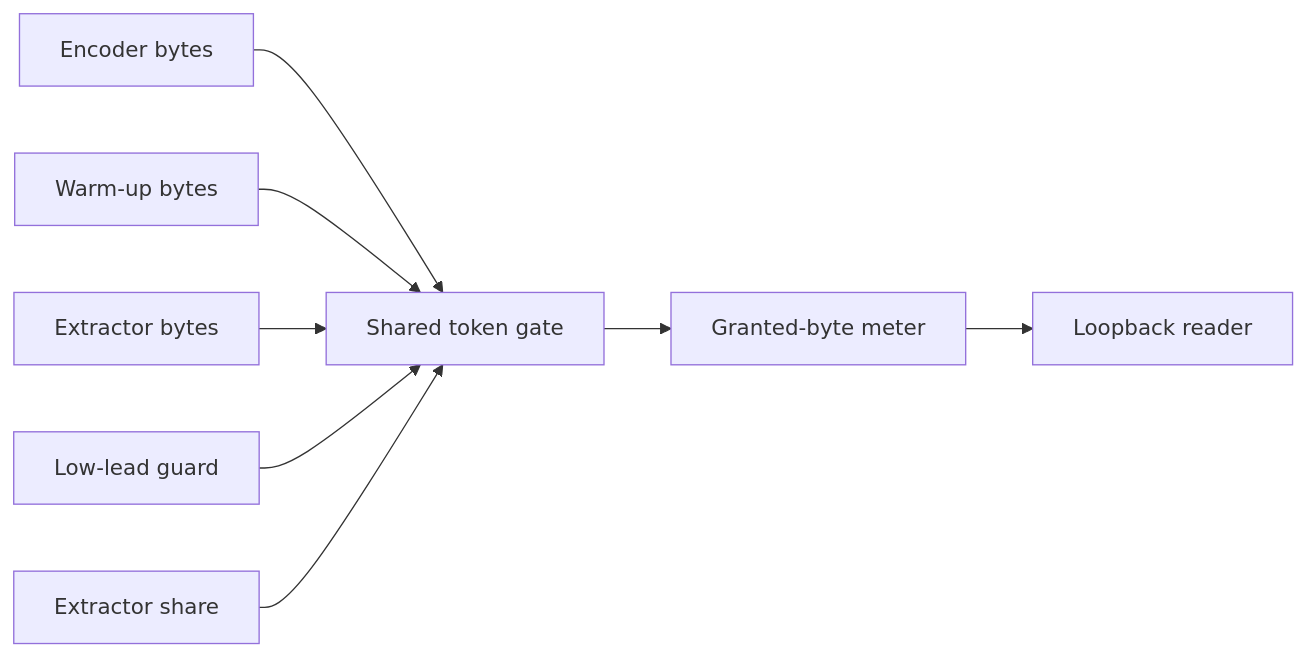
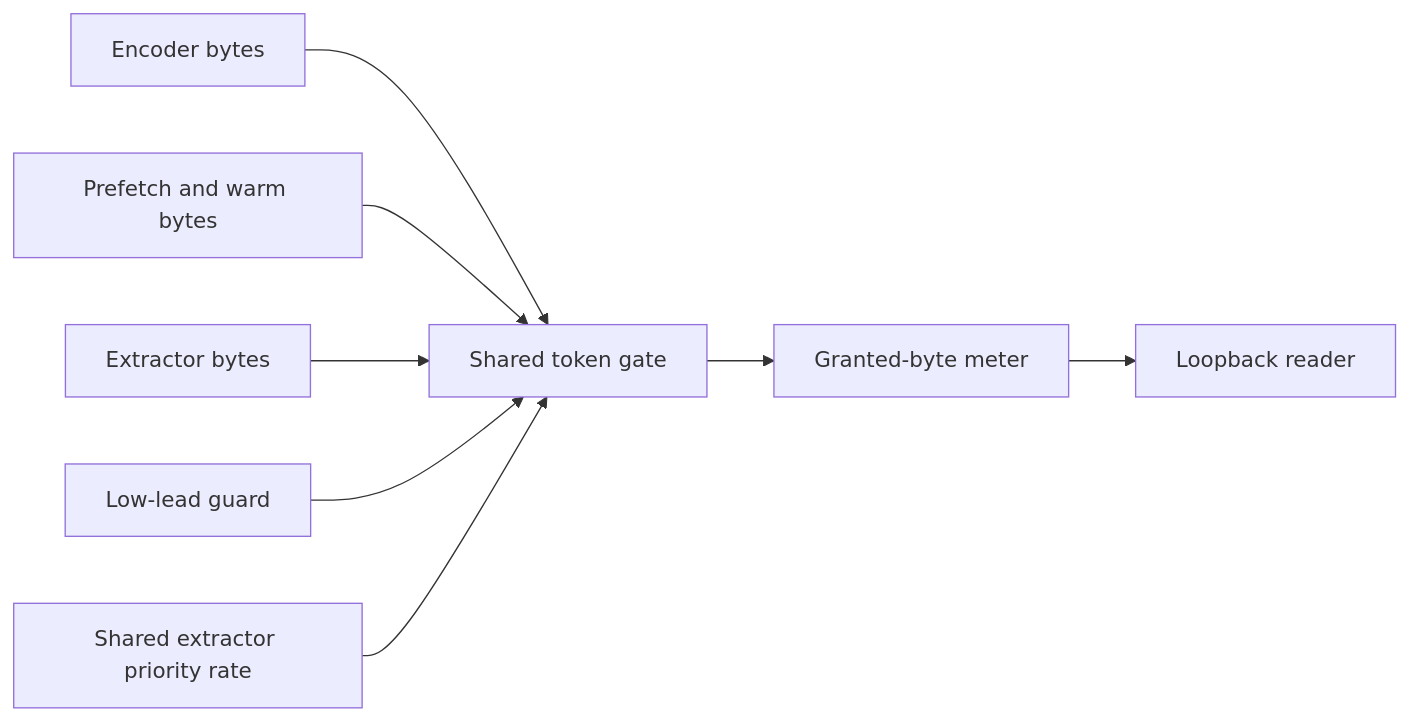
The diagram in droid-wiki/systems/network.md (VeroxAUS/homestream), drawn with Mermaid before and after one commit. The commit also changed other lines of this file and 58 other files, not shown here.

````diff
--- a/droid-wiki/systems/network.md
+++ b/droid-wiki/systems/network.md
@@ -31,10 +33,10 @@
 ```mermaid
 graph LR
     Encoder[Encoder bytes] --> Gate[Shared token gate]
-    Prefetch[Warm-up bytes] --> Gate
+    Warm[Prefetch and warm bytes] --> Gate
     Extractor[Extractor bytes] --> Gate
     Risk[Low-lead guard] --> Gate
-    Share[Extractor share] --> Gate
+    Share[Shared extractor priority rate] --> Gate
     Gate --> Meter[Granted-byte meter]
     Meter --> Reader[Loopback reader]
 ```
````
